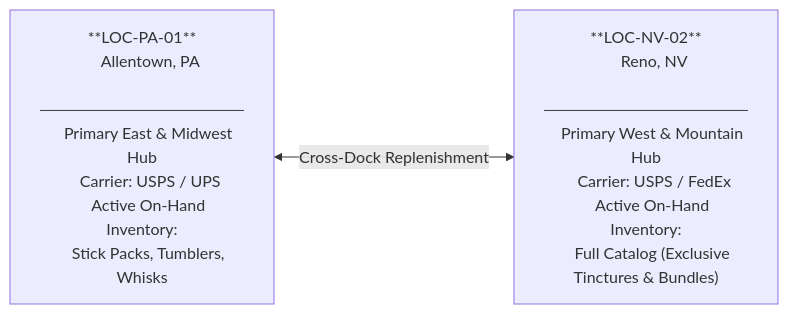
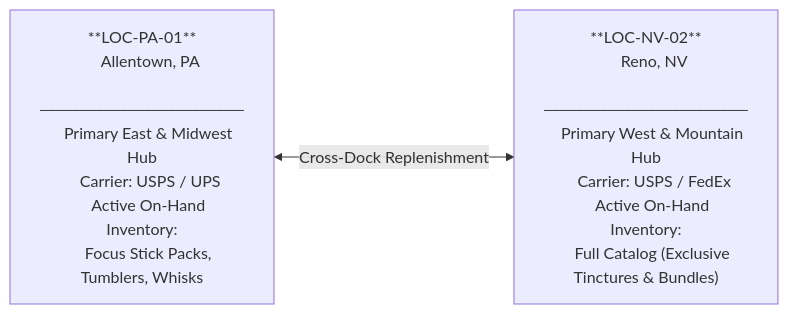
The first of 3 diagrams in master-dossiers/MasterDossier-Domain2-MultiNodeLogisticsRouting.md (riovicsusas/portfolio), drawn with Mermaid before and after one commit. The commit also changed other lines of this file and 1 other file, not shown here.

````diff
--- a/master-dossiers/MasterDossier-Domain2-MultiNodeLogisticsRouting.md
+++ b/master-dossiers/MasterDossier-Domain2-MultiNodeLogisticsRouting.md
@@ -68,20 +79,20 @@
 ```mermaid
 flowchart LR
     PA["**LOC-PA-01**
     Allentown, PA
     ─────────────────
     Primary East & Midwest Hub
     Carrier: USPS / UPS
     Active On-Hand Inventory:
-    Stick Packs, Tumblers, Whisks"]
+    Focus Stick Packs, Tumblers, Whisks"]
 
     NV["**LOC-NV-02**
     Reno, NV
     ─────────────────
     Primary West & Mountain Hub
     Carrier: USPS / FedEx
     Active On-Hand Inventory:
     Full Catalog (Exclusive Tinctures & Bundles)"]
 
     PA <-->|"Cross-Dock Replenishment"| NV
 ```
````
